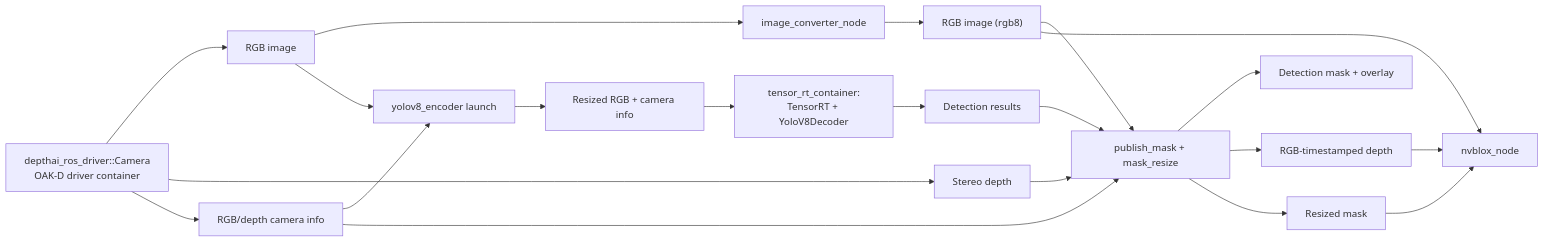
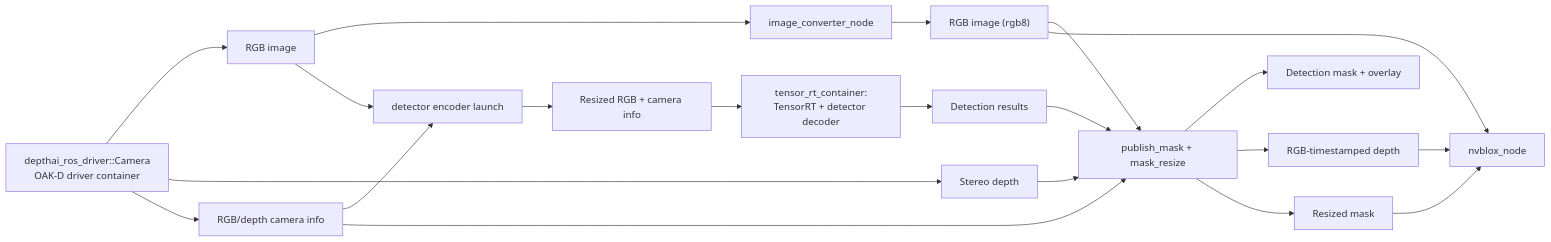
The first of 2 diagrams in docs/VISUAL_SERVO_SYSTEM_INTEGRATION_PLAN_20260313.md (HJGrant/seaclear_perception), drawn with Mermaid before and after one commit. The commit also changed other lines of this file and 7 other files, not shown here.

````diff
--- a/docs/VISUAL_SERVO_SYSTEM_INTEGRATION_PLAN_20260313.md
+++ b/docs/VISUAL_SERVO_SYSTEM_INTEGRATION_PLAN_20260313.md
@@ -50,29 +50,29 @@
 ```mermaid
 flowchart LR
   CAM["depthai_ros_driver::Camera<br/>OAK-D driver container"] --> RGB["RGB image"]
   CAM --> DEPTH0["Stereo depth"]
   CAM --> CAMINFO0["RGB/depth camera info"]
 
   RGB --> CONV["image_converter_node"]
   CONV --> RGB8["RGB image (rgb8)"]
 
-  RGB --> ENC["yolov8_encoder launch"]
+  RGB --> ENC["detector encoder launch"]
   CAMINFO0 --> ENC
   ENC --> RESIZED["Resized RGB + camera info"]
 
-  RESIZED --> TRT["tensor_rt_container:<br/>TensorRT + YoloV8Decoder"]
+  RESIZED --> TRT["tensor_rt_container:<br/>TensorRT + detector decoder"]
   TRT --> DET["Detection results"]
 
   DET --> MASK["publish_mask + mask_resize"]
   RGB8 --> MASK
   DEPTH0 --> MASK
   CAMINFO0 --> MASK
 
   MASK --> MASKRAW["Detection mask + overlay"]
   MASK --> DEPTHSYNC["RGB-timestamped depth"]
   MASK --> MASKRESIZED["Resized mask"]
 
   RGB8 --> NVB["nvblox_node"]
   DEPTHSYNC --> NVB
   MASKRESIZED --> NVB
 ```
````
